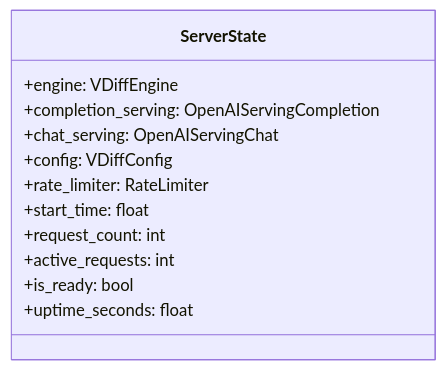
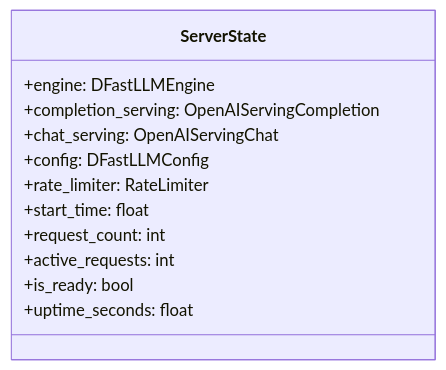
One commit to mwaykole/vdiff changed diagram 14 of 22 in docs/dev-doc/07-api-server.md. Above: the diagram before and after it, drawn with Mermaid. The commit also changed other lines of this file and 53 other files, not shown here.

````diff
--- a/docs/dev-doc/07-api-server.md
+++ b/docs/dev-doc/07-api-server.md
@@ -380,16 +380,16 @@
 ```mermaid
 classDiagram
     class ServerState {
-        +engine: VDiffEngine
+        +engine: DFastLLMEngine
         +completion_serving: OpenAIServingCompletion
         +chat_serving: OpenAIServingChat
-        +config: VDiffConfig
+        +config: DFastLLMConfig
         +rate_limiter: RateLimiter
         +start_time: float
         +request_count: int
         +active_requests: int
         
         +is_ready: bool
         +uptime_seconds: float
     }
 ```
````
